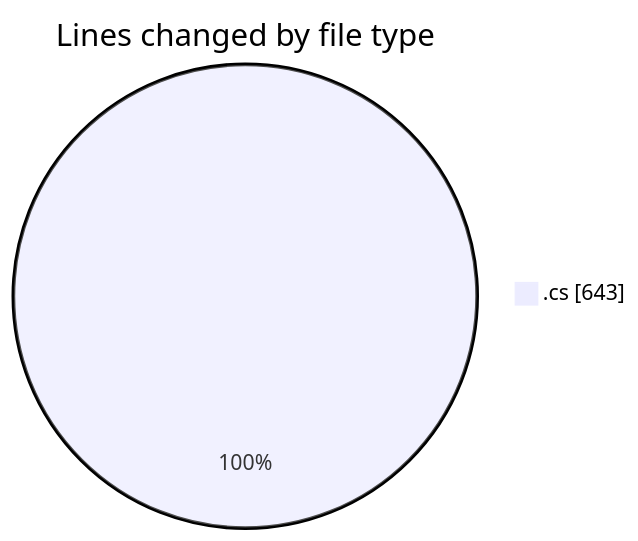
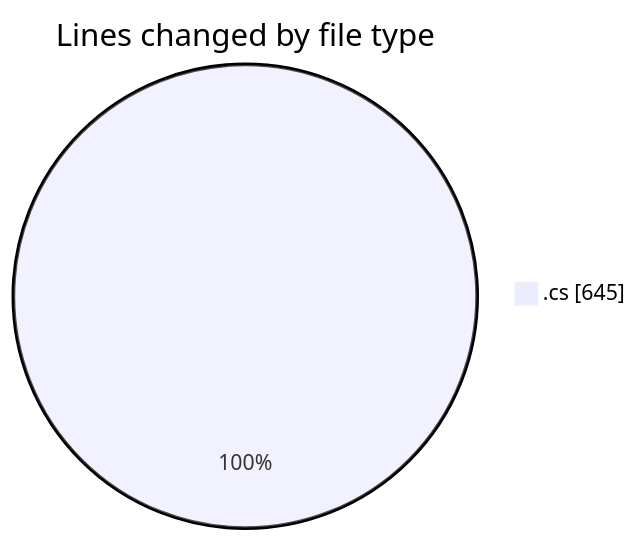
One commit to Netris89/code-tracking changed the first of 2 diagrams in 2025-03-13/back-end/README.md. Above: the diagram before and after it, drawn with Mermaid. The commit also changed other lines of this file and 1 other file, not shown here.

````diff
--- a/2025-03-13/back-end/README.md
+++ b/2025-03-13/back-end/README.md
@@ -26,5 +26,5 @@
 ```mermaid
 pie showData
 title Lines changed by file type
-".cs" : 643
+".cs" : 645
 ```
````
